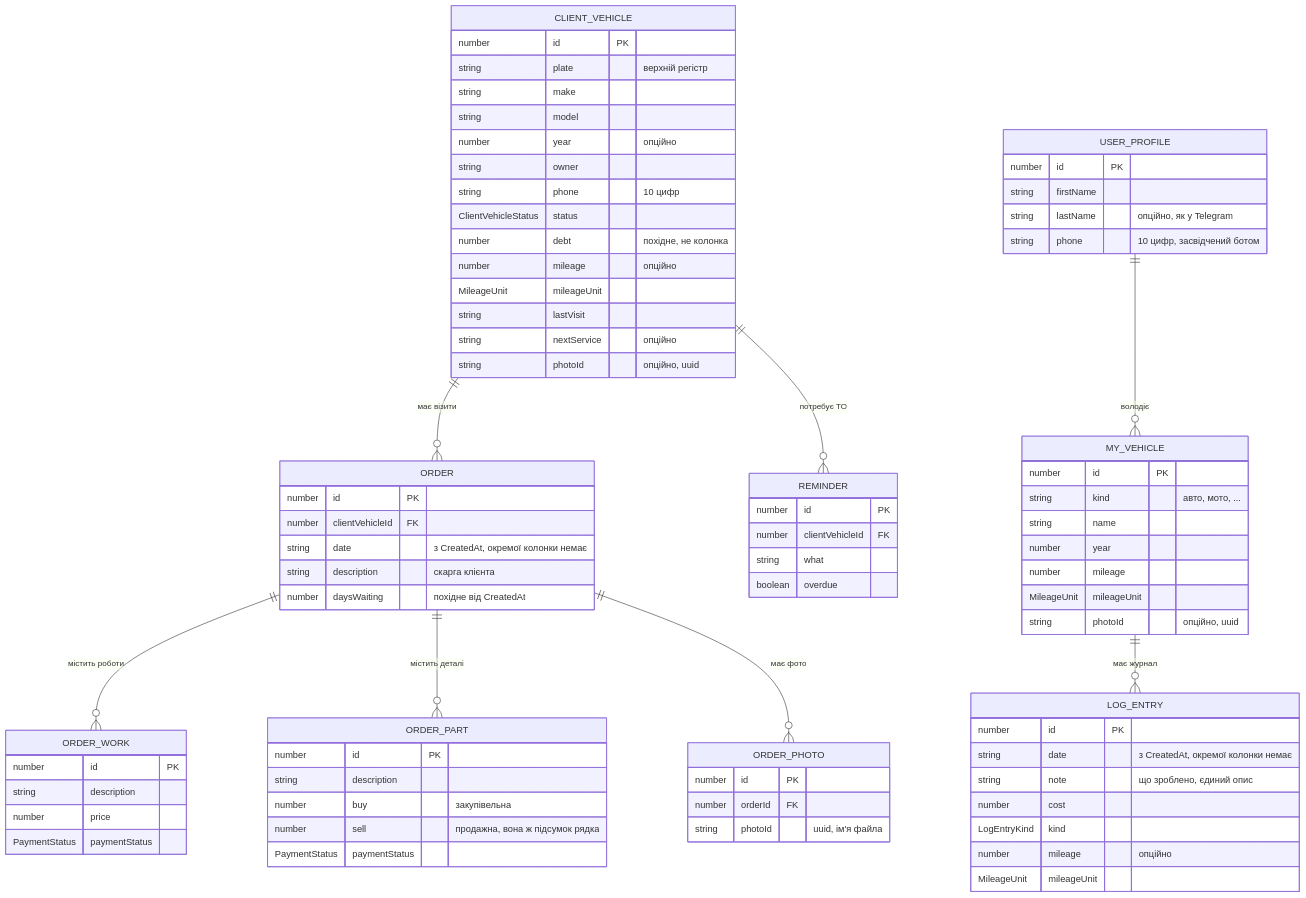
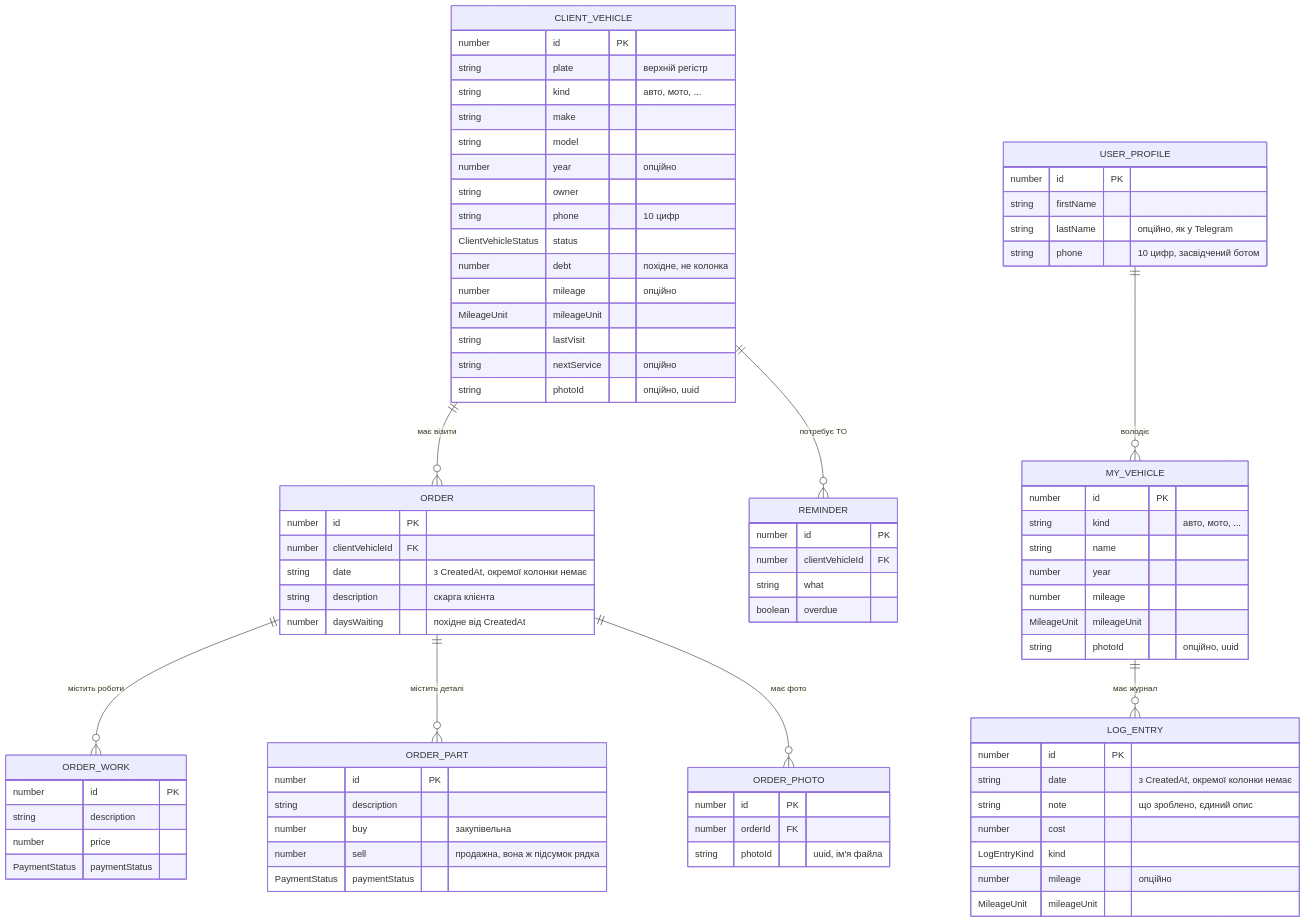
One commit to maksymkrat/GarageOS changed the diagram in docs/atlas/03-data-model.md. Above: the diagram before and after it, drawn with Mermaid. The commit also changed 18 other files, not shown here.

```diff
--- a/docs/atlas/03-data-model.md
+++ b/docs/atlas/03-data-model.md
@@ -18,6 +18,7 @@
     CLIENT_VEHICLE {
         number id PK
         string plate "верхній регістр"
+        string kind "авто, мото, ..."
         string make
         string model
         number year "опційно"
```
